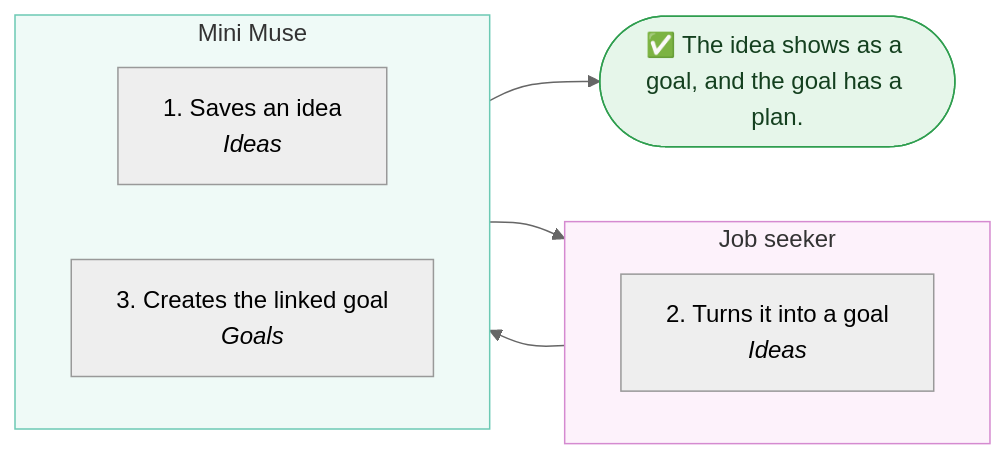
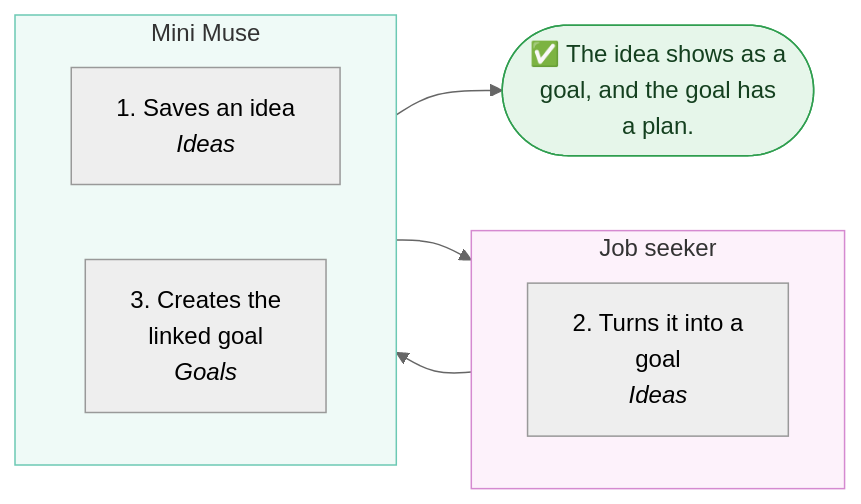
Before and after one commit to lngsa1234/mini-muse-mvp: the sixth of 6 diagrams in docs/product/baseline.md, drawn with Mermaid (neutral theme). The commit also changed other lines of this file, not shown here.

First line of the commit message:
docs: compact journey diagram labels (AgentForge plugin 0.4.3)

````diff
--- a/docs/product/baseline.md
+++ b/docs/product/baseline.md
@@ -271,21 +271,21 @@
 ```mermaid
 flowchart LR
   subgraph user_lane["Job seeker"]
     direction LR
-    s2["2. Turns it into a goal<br/><i>Ideas</i>"]
+    s2["2. Turns it into a<br/>goal<br/><i>Ideas</i>"]
   end
   subgraph agent_lane["Mini Muse"]
     direction LR
     s1["1. Saves an idea<br/><i>Ideas</i>"]
-    s3["3. Creates the linked goal<br/><i>Goals</i>"]
+    s3["3. Creates the<br/>linked goal<br/><i>Goals</i>"]
   end
   s1 --> s2
   s2 --> s3
-  done(["✅ The idea shows as a goal, and the goal has a plan."])
+  done(["✅ The idea shows as a<br/>goal, and the goal has<br/>a plan."])
   s3 --> done
   classDef approval fill:#fff4e0,stroke:#d18a1f,color:#5c3a00
   classDef outcome fill:#e6f6ea,stroke:#2f9e4f,color:#14401f
   style user_lane fill:#fdf2fb,stroke:#d58ad0
   style agent_lane fill:#effaf7,stroke:#6cc9b4
   class done outcome
 ```
````
